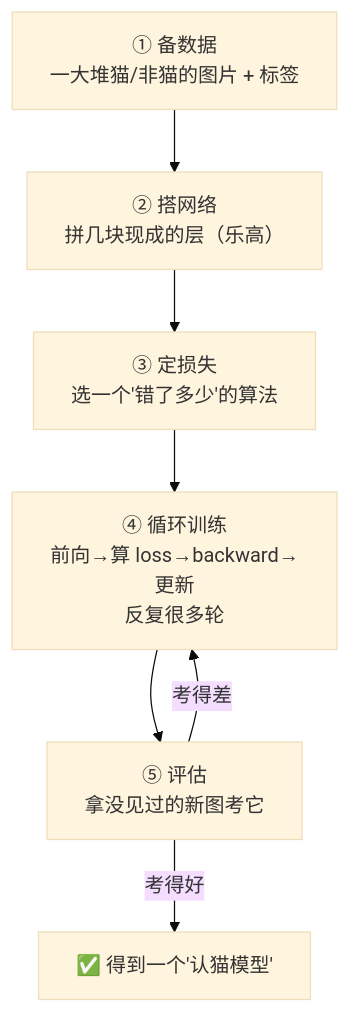
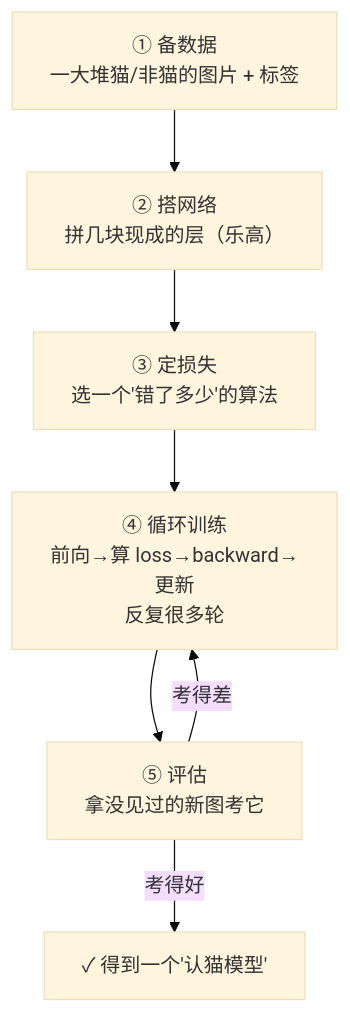
One commit to luckykhy/KhyAiHub changed the sixth of 7 diagrams in docs/02_CONCEPTS_概念入门/CONCEPT/[CONCEPT-15] 什么是PyTorch-深度学习框架.md. Above: the diagram before and after it, drawn with Mermaid (base theme). The commit also changed other lines of this file and 19 other files, not shown here.

````diff
--- a/docs/02_CONCEPTS_概念入门/CONCEPT/[CONCEPT-15] 什么是PyTorch-深度学习框架.md
+++ b/docs/02_CONCEPTS_概念入门/CONCEPT/[CONCEPT-15] 什么是PyTorch-深度学习框架.md
@@ -288,9 +288,9 @@
 ```mermaid
 flowchart TB
   S1["① 备数据<br/>一大堆猫/非猫的图片 + 标签"] --> S2["② 搭网络<br/>拼几块现成的层（乐高）"]
   S2 --> S3["③ 定损失<br/>选一个'错了多少'的算法"]
   S3 --> S4["④ 循环训练<br/>前向→算 loss→backward→更新<br/>反复很多轮"]
   S4 --> S5["⑤ 评估<br/>拿没见过的新图考它"]
-  S5 -->|"考得好"| DONE["✅ 得到一个'认猫模型'"]
+  S5 -->|"考得好"| DONE["✓ 得到一个'认猫模型'"]
   S5 -->|"考得差"| S4
 ```
````
